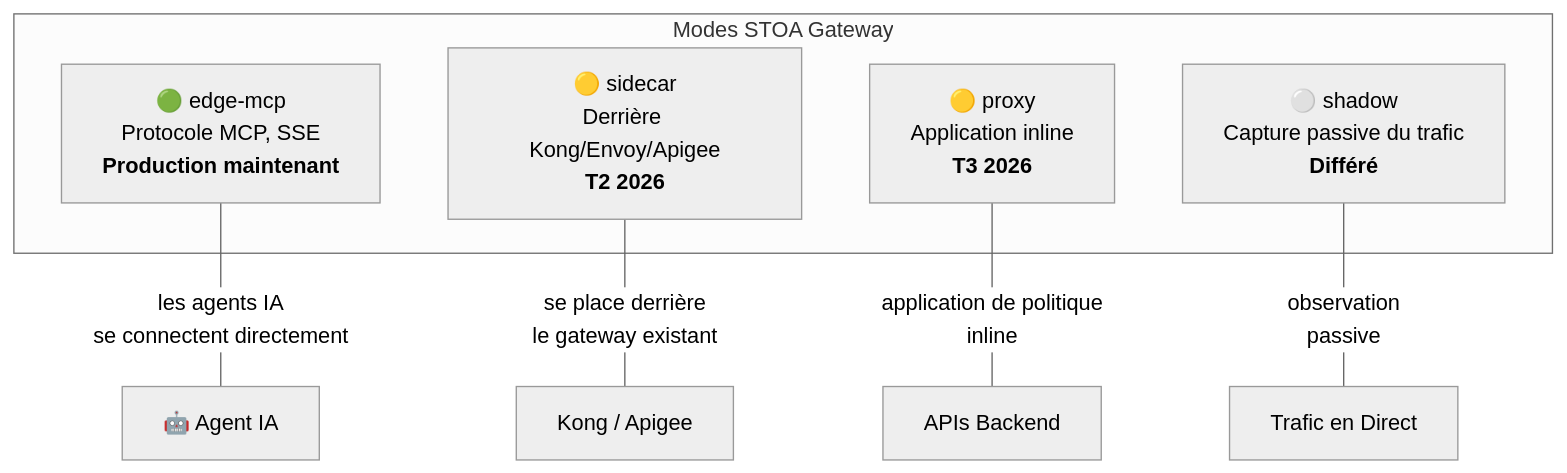
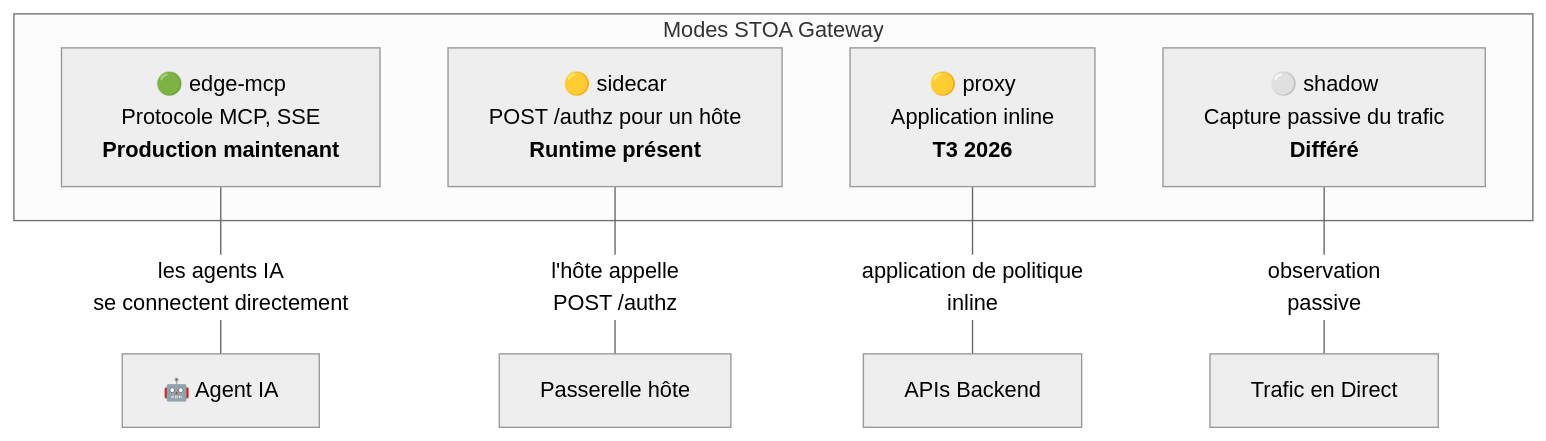
Before and after one commit to stoa-platform/stoa-docs: the fourth of 6 diagrams in i18n/fr/docusaurus-plugin-content-docs/current/guides/fiches/api-gateway-patterns.md, drawn with Mermaid (neutral theme). The commit also changed other lines of this file and 26 other files, not shown here.

````diff
--- a/i18n/fr/docusaurus-plugin-content-docs/current/guides/fiches/api-gateway-patterns.md
+++ b/i18n/fr/docusaurus-plugin-content-docs/current/guides/fiches/api-gateway-patterns.md
@@ -107,14 +107,14 @@
 ```mermaid
 flowchart TB
     subgraph Modes["Modes STOA Gateway"]
         EdgeMCP["🟢 edge-mcp<br/>Protocole MCP, SSE<br/><b>Production maintenant</b>"]
-        Sidecar["🟡 sidecar<br/>Derrière Kong/Envoy/Apigee<br/><b>T2 2026</b>"]
+        Sidecar["🟡 sidecar<br/>POST /authz pour un hôte<br/><b>Runtime présent</b>"]
         Proxy["🟡 proxy<br/>Application inline<br/><b>T3 2026</b>"]
         Shadow["⚪ shadow<br/>Capture passive du trafic<br/><b>Différé</b>"]
     end
 
     EdgeMCP ---|"les agents IA<br/>se connectent directement"| Agent["🤖 Agent IA"]
-    Sidecar ---|"se place derrière<br/>le gateway existant"| Kong["Kong / Apigee"]
+    Sidecar ---|"l'hôte appelle<br/>POST /authz"| Kong["Passerelle hôte"]
     Proxy ---|"application de politique<br/>inline"| Backend["APIs Backend"]
     Shadow ---|"observation<br/>passive"| Traffic["Trafic en Direct"]
 ```
````
